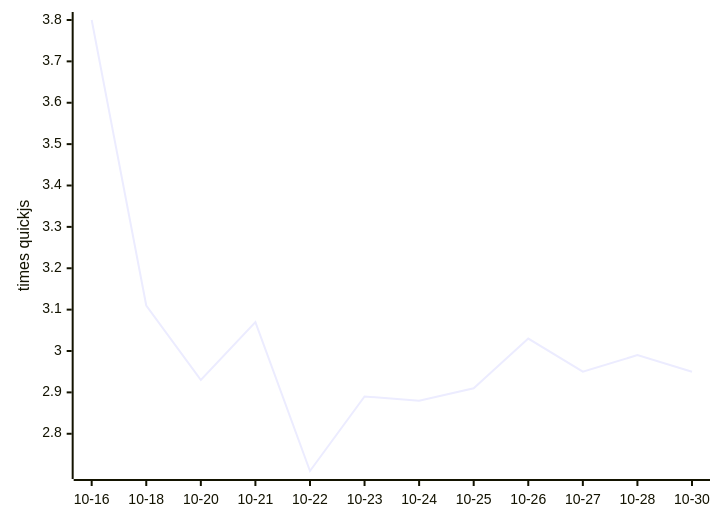
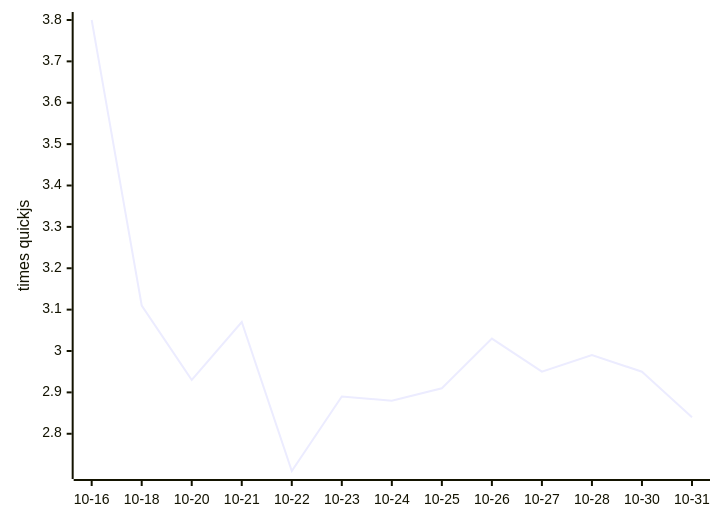
One commit to mozzius/kahvi changed the diagram in README.md. Above: the diagram before and after it, drawn with Mermaid. The commit also changed other lines of this file and 1 other file, not shown here.

````diff
--- a/README.md
+++ b/README.md
@@ -9,6 +9,6 @@
 ```mermaid
 xychart-beta
-  x-axis ["10-16", "10-18", "10-20", "10-21", "10-22", "10-23", "10-24", "10-25", "10-26", "10-27", "10-28", "10-30"]
+  x-axis ["10-16", "10-18", "10-20", "10-21", "10-22", "10-23", "10-24", "10-25", "10-26", "10-27", "10-28", "10-30", "10-31"]
   y-axis "times quickjs"
-  line [3.80, 3.11, 2.93, 3.07, 2.71, 2.89, 2.88, 2.91, 3.03, 2.95, 2.99, 2.95]
+  line [3.80, 3.11, 2.93, 3.07, 2.71, 2.89, 2.88, 2.91, 3.03, 2.95, 2.99, 2.95, 2.84]
 ```
````
